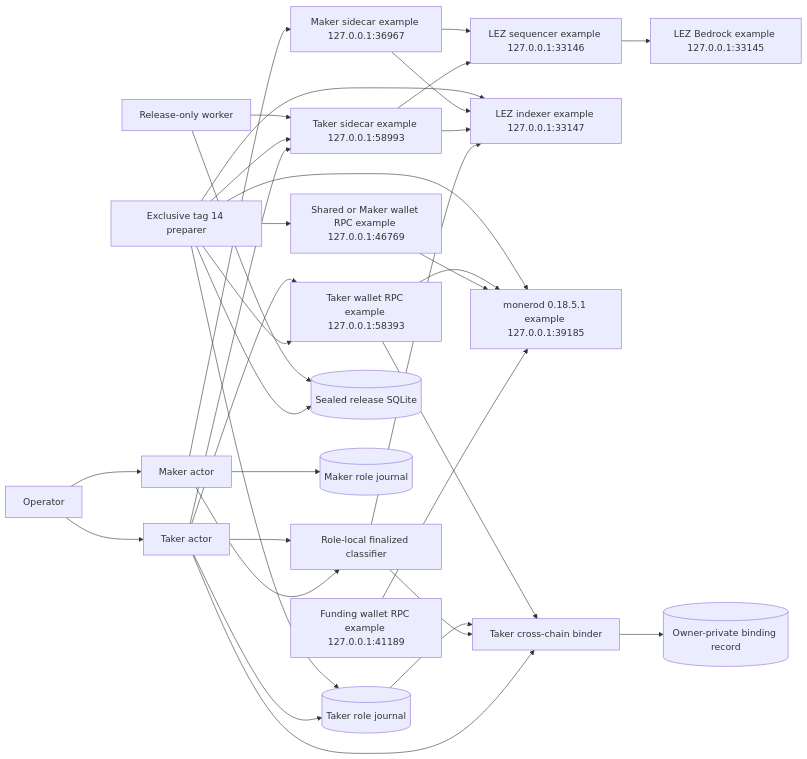
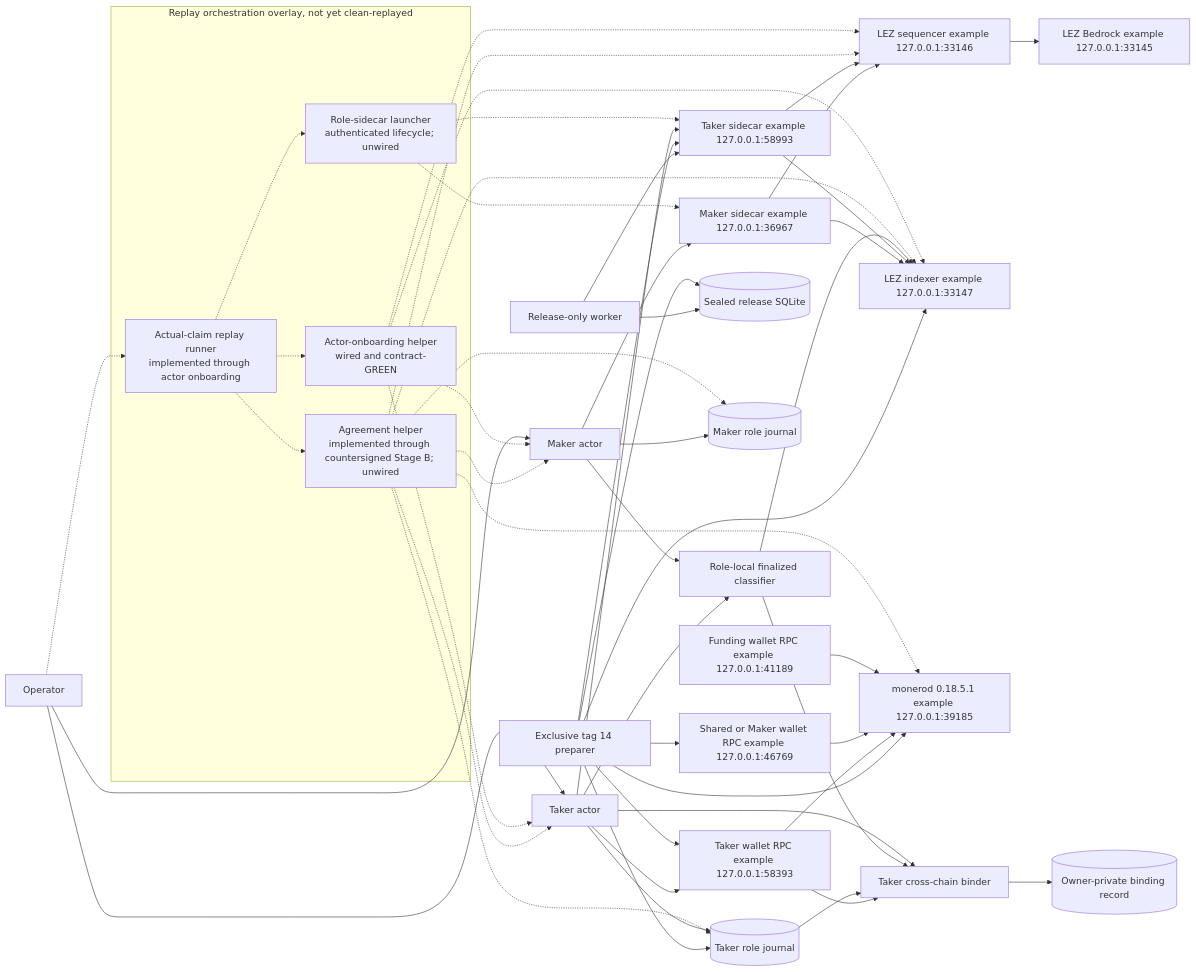
The third of 13 diagrams in docs/architecture/deployment-components-and-rpcs.md (gateway-fm/lez-atomic-swaps), drawn with Mermaid before and after one commit. The commit also changed other lines of this file and 17 other files, not shown here.

Commit message:
feat(m4): orchestrate actors through stage b

````diff
--- a/docs/architecture/deployment-components-and-rpcs.md
+++ b/docs/architecture/deployment-components-and-rpcs.md
@@ -176,56 +176,79 @@
 ```mermaid
 flowchart LR
     Operator["Operator"]
+    subgraph ReplayOverlay["Replay orchestration overlay, not yet clean-replayed"]
+        ReplayRunner["Actual-claim replay runner<br/>implemented through actor onboarding"]
+        OnboardingHelper["Actor-onboarding helper<br/>wired and contract-GREEN"]
+        AgreementHelper["Agreement helper<br/>implemented through countersigned Stage B; unwired"]
+        SidecarLauncher["Role-sidecar launcher<br/>authenticated lifecycle; unwired"]
+    end
     Maker["Maker actor"]
     Taker["Taker actor"]
     Preparer["Exclusive tag 14 preparer"]
     Worker["Release-only worker"]
     Classifier["Role-local finalized classifier"]
     MakerSidecar["Maker sidecar example 127.0.0.1:36967"]
     TakerSidecar["Taker sidecar example 127.0.0.1:58993"]
     Sequencer["LEZ sequencer example 127.0.0.1:33146"]
     Indexer["LEZ indexer example 127.0.0.1:33147"]
     Bedrock["LEZ Bedrock example 127.0.0.1:33145"]
     Monerod["monerod 0.18.5.1 example 127.0.0.1:39185"]
     FundingWallet["Funding wallet RPC example 127.0.0.1:41189"]
     SharedWallet["Shared or Maker wallet RPC example 127.0.0.1:46769"]
     TakerWallet["Taker wallet RPC example 127.0.0.1:58393"]
     ReleaseDb[("Sealed release SQLite")]
     MakerJournal[("Maker role journal")]
     TakerJournal[("Taker role journal")]
     Binder["Taker cross-chain binder"]
     Binding[("Owner-private binding record")]
 
     Operator --> Maker
     Operator --> Taker
+    Operator -.-> ReplayRunner
+    ReplayRunner -.-> OnboardingHelper
+    OnboardingHelper -.-> Maker
+    OnboardingHelper -.-> Taker
+    OnboardingHelper -.-> Sequencer
+    OnboardingHelper -.-> Indexer
+    ReplayRunner -.-> AgreementHelper
+    AgreementHelper -.-> Maker
+    AgreementHelper -.-> Taker
+    AgreementHelper -.-> MakerJournal
+    AgreementHelper -.-> TakerJournal
+    AgreementHelper -.-> Sequencer
+    AgreementHelper -.-> Indexer
+    AgreementHelper -.-> Monerod
+    ReplayRunner -.-> SidecarLauncher
+    SidecarLauncher -.-> MakerSidecar
+    SidecarLauncher -.-> TakerSidecar
     Taker --> TakerJournal
     Maker --> MakerJournal
     Taker --> TakerSidecar
     Maker --> MakerSidecar
     TakerSidecar --> Sequencer
     MakerSidecar --> Sequencer
     Sequencer --> Bedrock
     Classifier --> Indexer
     TakerSidecar --> Indexer
     MakerSidecar --> Indexer
     FundingWallet --> Monerod
     SharedWallet --> Monerod
     TakerWallet --> Monerod
     Preparer --> TakerSidecar
     Preparer --> Indexer
     Preparer --> Monerod
     Preparer --> SharedWallet
     Preparer --> TakerWallet
     Preparer --> TakerJournal
     Preparer --> ReleaseDb
     Worker --> ReleaseDb
     Worker --> TakerSidecar
     Maker --> Classifier
     Taker --> Classifier
     Taker --> TakerWallet
     Taker --> Binder
     Classifier --> Binder
     TakerJournal --> Binder
     TakerWallet --> Binder
     Binder --> Binding
 ```
````
